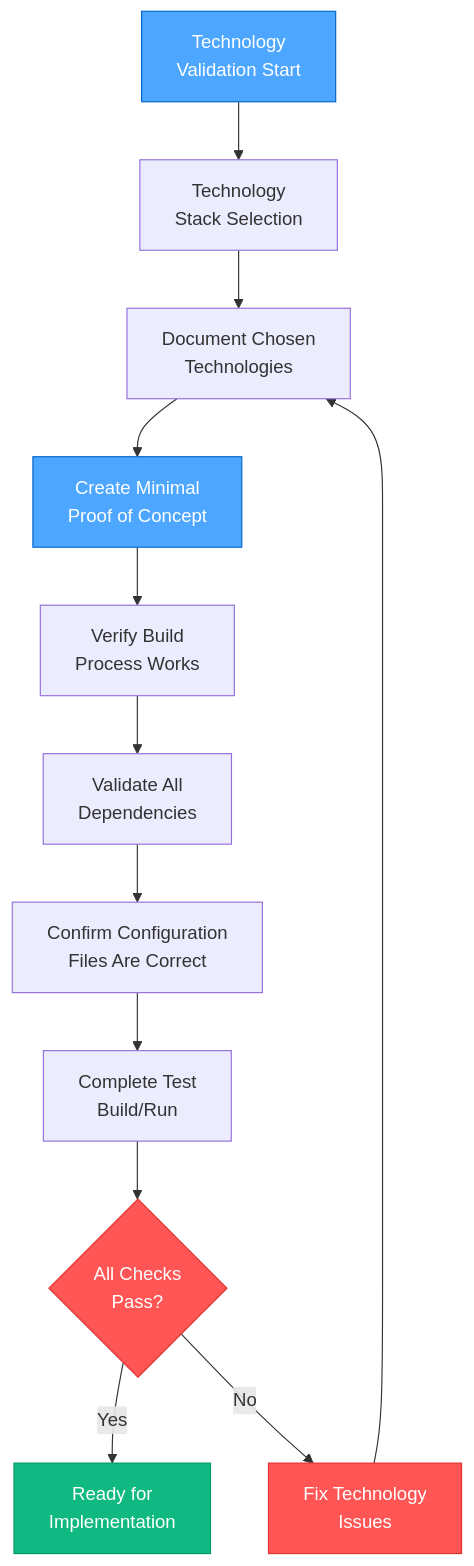
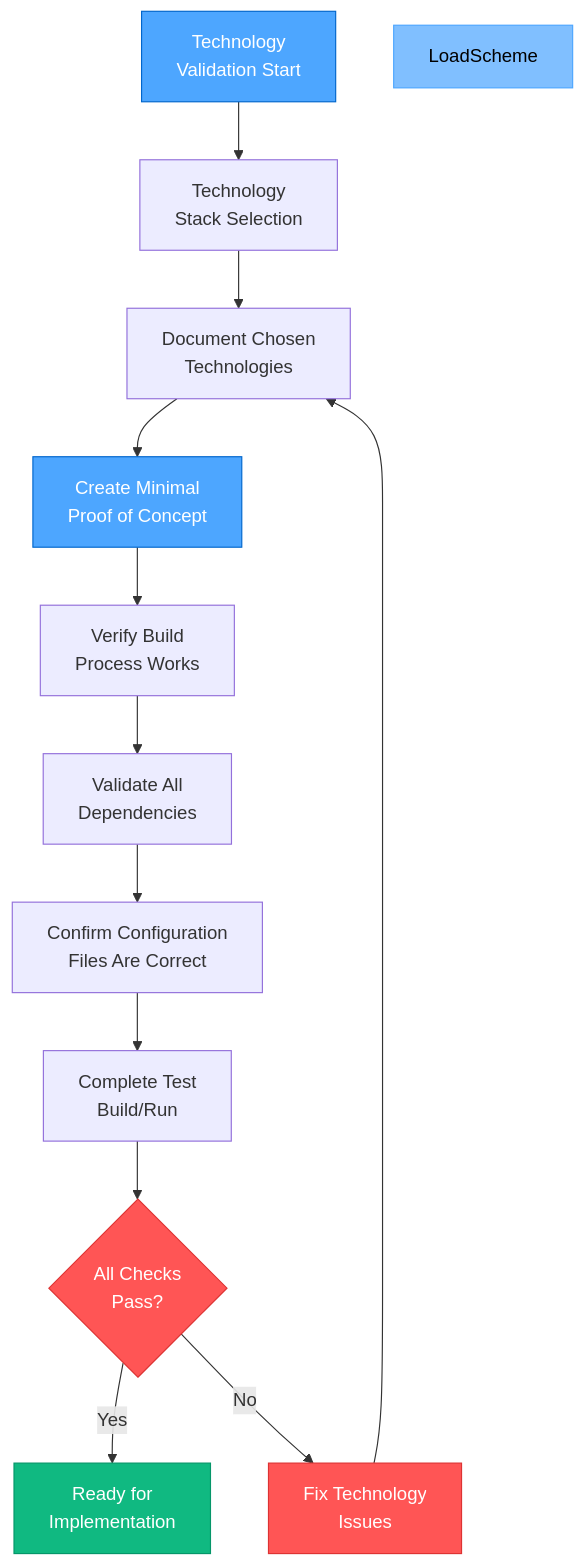
One commit to DennisGrammes/arc42-memory-bank changed the third of 5 diagrams in .github/instructions/rules/isolation_rules/visual-maps/plan-mode-map.md. Above: the diagram before and after it, drawn with Mermaid. The commit also changed other lines of this file and 10 other files, not shown here.

````diff
--- a/.github/instructions/rules/isolation_rules/visual-maps/plan-mode-map.md
+++ b/.github/instructions/rules/isolation_rules/visual-maps/plan-mode-map.md
@@ -116,21 +117,22 @@
 ```mermaid
 graph TD
     Start["Technology<br>Validation Start"] --> Select["Technology<br>Stack Selection"]
     Select --> Document["Document Chosen<br>Technologies"]
     Document --> POC["Create Minimal<br>Proof of Concept"]
     POC --> Build["Verify Build<br>Process Works"]
     Build --> Dependencies["Validate All<br>Dependencies"]
     Dependencies --> Config["Confirm Configuration<br>Files Are Correct"]
     Config --> Test["Complete Test<br>Build/Run"]
     Test --> Success{"All Checks<br>Pass?"}
     
     Success -->|"Yes"| Ready["Ready for<br>Implementation"]
     Success -->|"No"| Fix["Fix Technology<br>Issues"]
     Fix --> Document
     
     style Start fill:#4da6ff,stroke:#0066cc,color:white
+    style LoadScheme fill:#80bfff,stroke:#4da6ff,color:black
     style POC fill:#4da6ff,stroke:#0066cc,color:white
     style Success fill:#ff5555,stroke:#dd3333,color:white
     style Fix fill:#ff5555,stroke:#dd3333,color:white
     style Ready fill:#10b981,stroke:#059669,color:white
 ```
````
